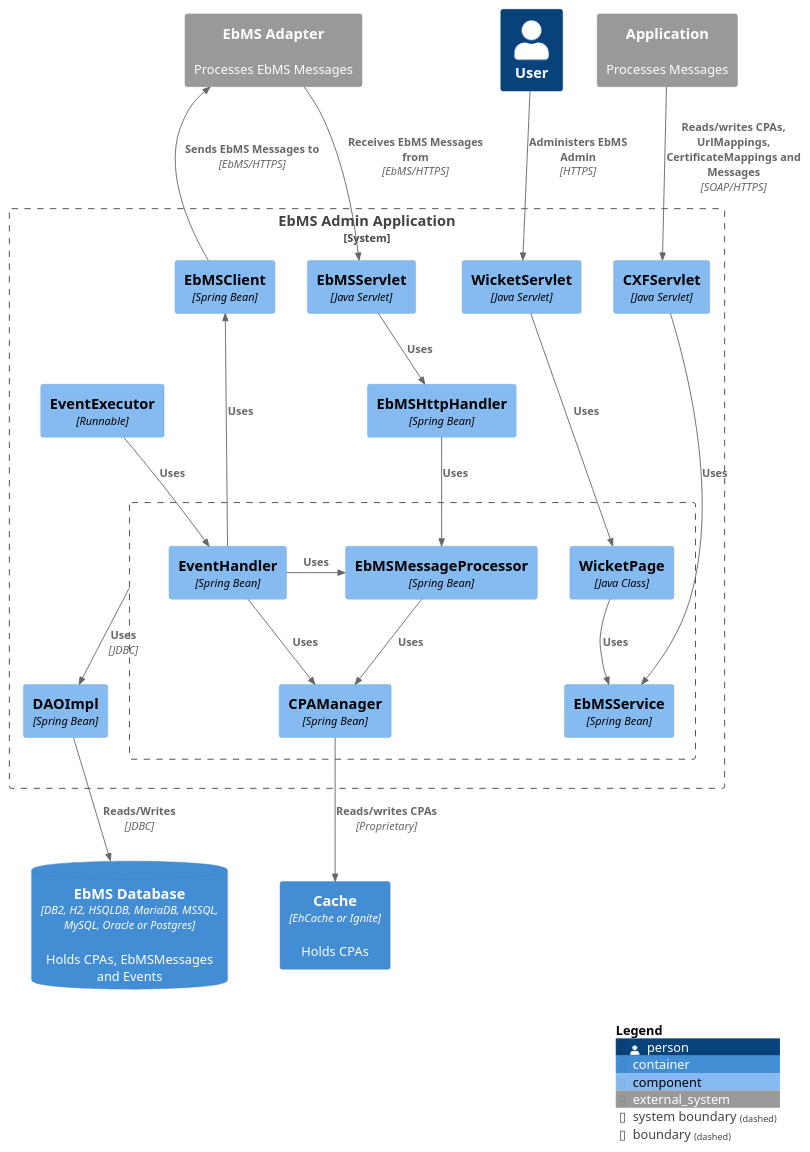
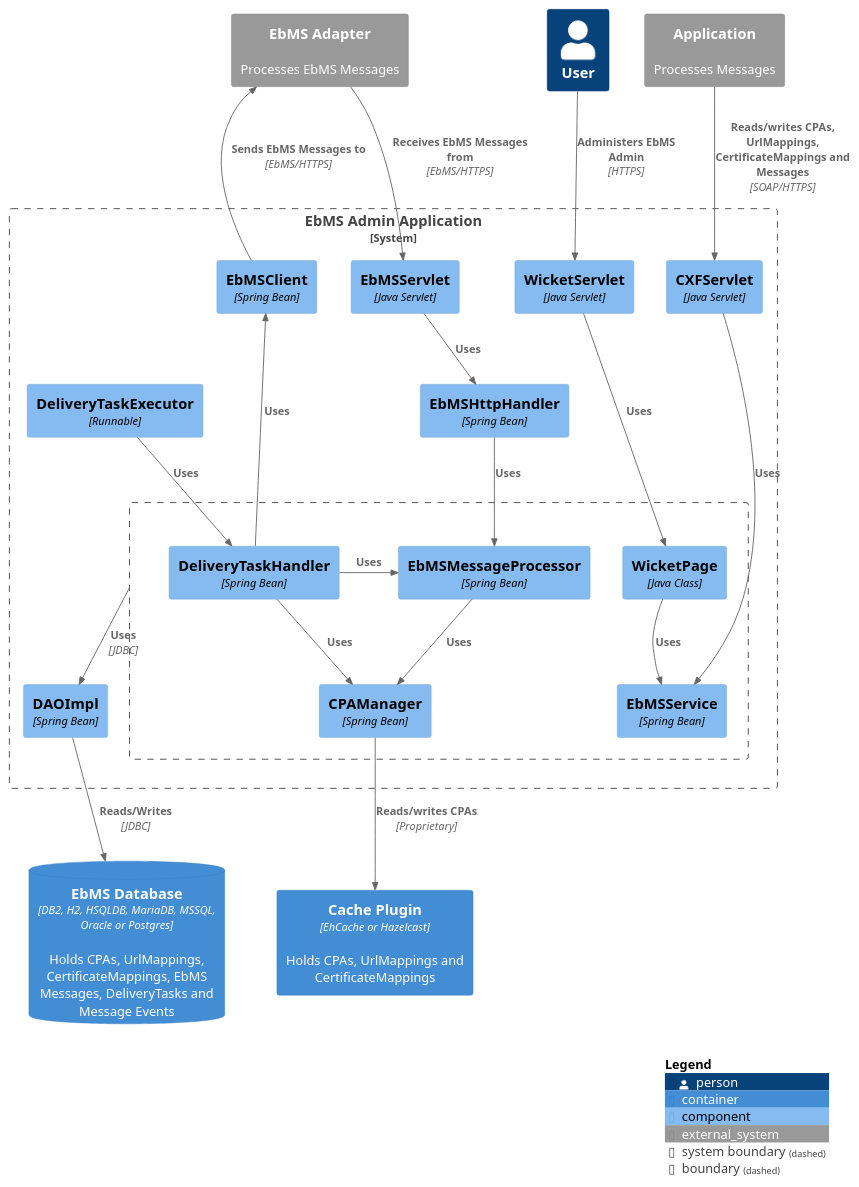
Before and after one commit to eluinstra/ebms-admin: the diagram in static/assets/images/EbMS Adapter Component Diagram.plantuml, drawn with PlantUML. The commit also changed 6 other files, not shown here.

```diff
--- a/static/assets/images/EbMS Adapter Component Diagram.plantuml
+++ b/static/assets/images/EbMS Adapter Component Diagram.plantuml
@@ -1,66 +1,66 @@
 @startuml
 ' !include <C4/C4_Component>
 !include https://raw.githubusercontent.com/plantuml-stdlib/C4-PlantUML/master/C4_Component.puml
 
 Person(user, "User")
 System_Ext(application, "Application", "Processes Messages")
 System_Boundary(ebmsAdmin, "EbMS Admin Application") {
   Component(soapServlet, "CXFServlet", "Java Servlet")
   Component(wicketServlet, "WicketServlet", "Java Servlet")
-  Component(eventExecutor, "EventExecutor", "Runnable")
+  Component(eventExecutor, "DeliveryTaskExecutor", "Runnable")
   Component(ebMSHttpHandler, "EbMSHttpHandler", "Spring Bean")
   Boundary(business, " ") {
     Component(wicketPage, "WicketPage", "Java Class")
     Component(ebMSService, "EbMSService", "Spring Bean")
     Component(ebmsMessageProcessor, "EbMSMessageProcessor", "Spring Bean")
-    Component(eventHandler, "EventHandler", "Spring Bean")
+    Component(eventHandler, "DeliveryTaskHandler", "Spring Bean")
     Component(cpaManager, "CPAManager", "Spring Bean")
     ' Component(eventManager, "EventManager", "Spring Bean")
     ' UrlManager
     ' CertificateManager
     ' EbMSService uses CPAManager???
   }
   Component(ebmsServlet, "EbMSServlet", "Java Servlet")
   Component(ebmsClient, "EbMSClient", "Spring Bean")
   Component(dao, "DAOImpl", "Spring Bean")
   ' Component(messageEventListener, "MessageEventListener", "Spring Bean")
 }
-ContainerDb(database, "EbMS Database", "DB2, H2, HSQLDB, MariaDB, MSSQL, MySQL, Oracle or Postgres", "Holds CPAs, EbMSMessages and Events")
-Container(cache, "Cache", "EhCache or Ignite", "Holds CPAs")
+ContainerDb(database, "EbMS Database", "DB2, H2, HSQLDB, MariaDB, MSSQL, Oracle or Postgres", "Holds CPAs, UrlMappings, CertificateMappings, EbMS Messages, DeliveryTasks and Message Events")
+Container(cache, "Cache Plugin", "EhCache or Hazelcast", "Holds CPAs, UrlMappings and CertificateMappings")
 ' ContainerQueue(queue, "Queue", "ActiveMQ", "Holds Events")
 System_Ext(ebmsAdapterA, "EbMS Adapter", "Processes EbMS Messages")
 
 Rel(user, wicketServlet, "Administers EbMS Admin", "HTTPS")
 Rel(wicketServlet, wicketPage, "Uses")
 Rel(business, dao, "Uses", "JDBC")
 Rel(dao, database, "Reads/Writes", "JDBC")
 ' Rel(wicketPage, database, "Reads", "JDBC")
 Rel(wicketPage, ebMSService, "Uses")
 Rel(application, soapServlet, "Reads/writes CPAs, UrlMappings, CertificateMappings and Messages", "SOAP/HTTPS")
 Rel(soapServlet, ebMSService, "Uses")
 ' Rel(ebMSService, database, "Reads/writes", "JDBC")
 ' Rel(ebmsMessageProcessor, database, "Reads/writes", "JDBC")
 Rel(ebmsMessageProcessor, cpaManager, "Uses")
 ' Rel(cpaManager, database, "Reads CPAs", "JDBC")
 Rel(cpaManager, cache, "Reads/writes CPAs", "Proprietary")
 ' Rel_L(ebmsMessageProcessor, queue, "Reads/writes")
 Rel(eventExecutor, eventHandler, "Uses")
 Rel_L(eventHandler, ebmsMessageProcessor, "Uses")
 Rel(eventHandler, cpaManager, "Uses")
 Rel_U(eventHandler, ebmsClient, "Uses")
 ' Rel(eventHandler, database, "Reads/writes", "JDBC")
 Rel_U(ebmsClient, ebmsAdapterA, "Sends EbMS Messages to", "EbMS/HTTPS")
 Rel(ebMSHttpHandler, ebmsMessageProcessor, "Uses")
 Rel(ebmsServlet, ebMSHttpHandler, "Uses")
 ' Rel_D(ebmsServlet, ebmsMessageProcessor, "Uses")
 Rel_D(ebmsAdapterA, ebmsServlet, "Receives EbMS Messages from", "EbMS/HTTPS")
 
 ' Lay_R(user, application)
 Lay_D(business, database)
 Lay_L(ebmsServlet, ebmsClient)
 Lay_D(wicketServlet, ebMSHttpHandler)
 Lay_R(wicketServlet, soapServlet)
 ' Lay_L(cpaManager, ebmsServlet)
 
 SHOW_DYNAMIC_LEGEND()
 @enduml
```
